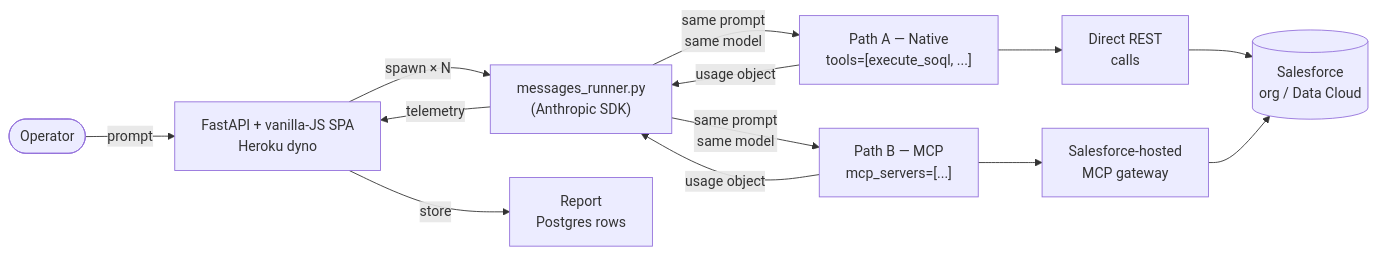
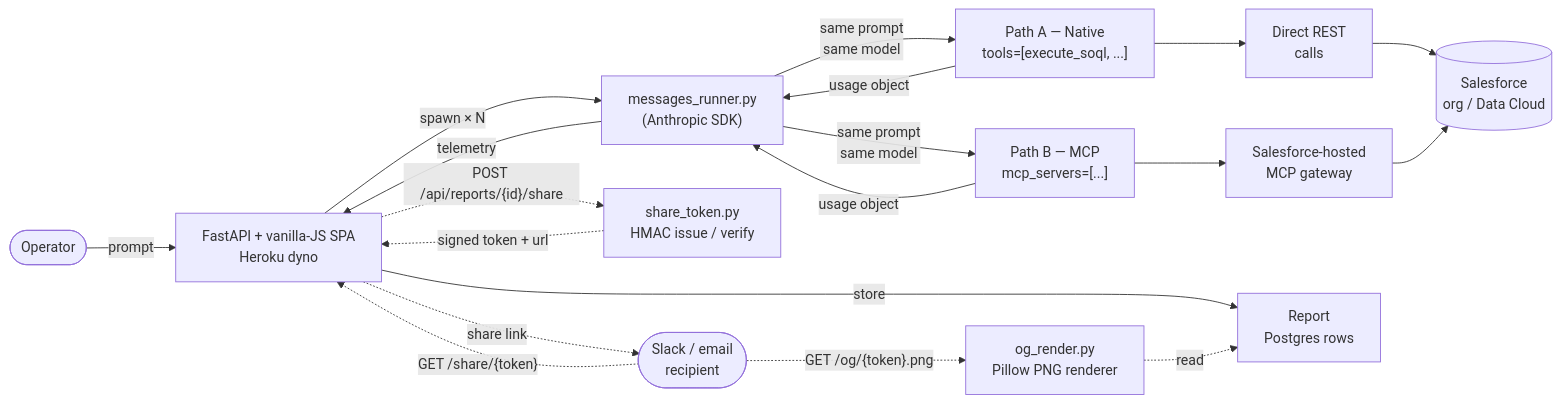
Before and after one commit to josers18/Token-Comparison-Tool: the first of 2 diagrams in README.md, drawn with Mermaid. The commit also changed other lines of this file, not shown here.

````diff
--- a/README.md
+++ b/README.md
@@ -95,23 +126,33 @@
 ```mermaid
 flowchart LR
     User([Operator])
     UI[FastAPI + vanilla-JS SPA<br/>Heroku dyno]
     Runner["messages_runner.py<br/>(Anthropic SDK)"]
     Native["Path A — Native<br/>tools=[execute_soql, ...]"]
     MCP["Path B — MCP<br/>mcp_servers=[...]"]
     SfRest["Direct REST<br/>calls"]
     SfMcp["Salesforce-hosted<br/>MCP gateway"]
     Org[(Salesforce<br/>org / Data Cloud)]
     Report["Report<br/>Postgres rows"]
+    Share["share_token.py<br/>HMAC issue / verify"]
+    OG["og_render.py<br/>Pillow PNG renderer"]
+    Recipient([Slack / email<br/>recipient])
 
     User -->|prompt| UI
     UI -->|spawn × N| Runner
     Runner -->|same prompt<br/>same model| Native
     Runner -->|same prompt<br/>same model| MCP
     Native --> SfRest --> Org
     MCP --> SfMcp --> Org
     Native -->|usage object| Runner
     MCP -->|usage object| Runner
     Runner -->|telemetry| UI
     UI -->|store| Report
+
+    UI -.->|POST /api/reports/&lcub;id&rcub;/share| Share
+    Share -.->|signed token + url| UI
+    UI -.->|share link| Recipient
+    Recipient -.->|GET /share/&lcub;token&rcub;| UI
+    Recipient -.->|GET /og/&lcub;token&rcub;.png| OG
+    OG -.->|read| Report
 ```
````
